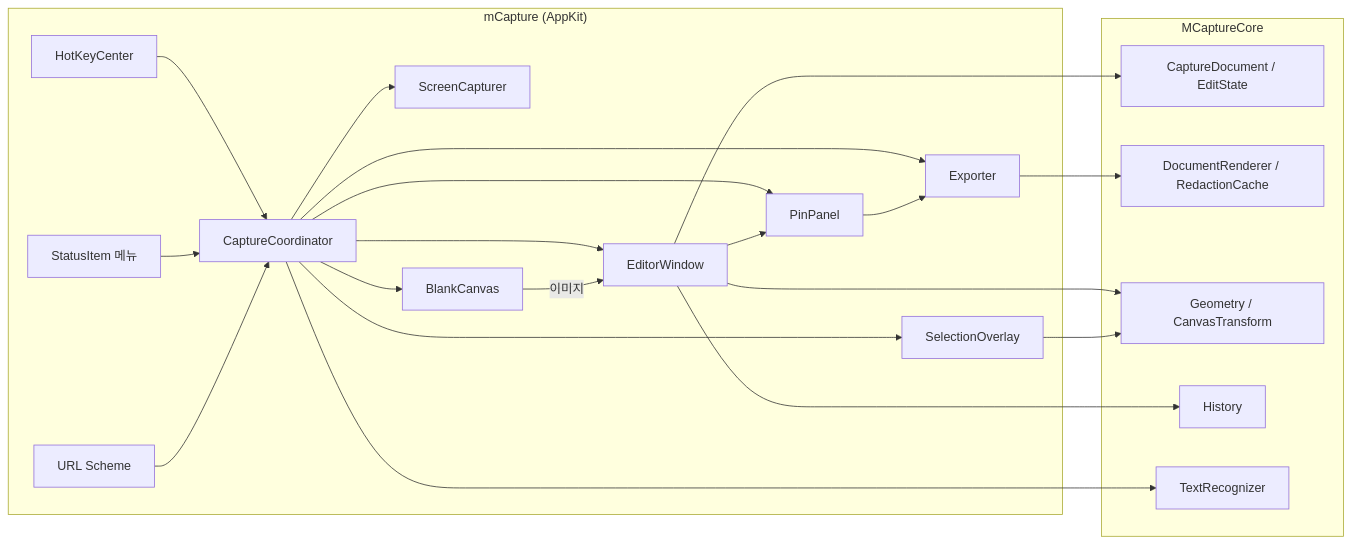
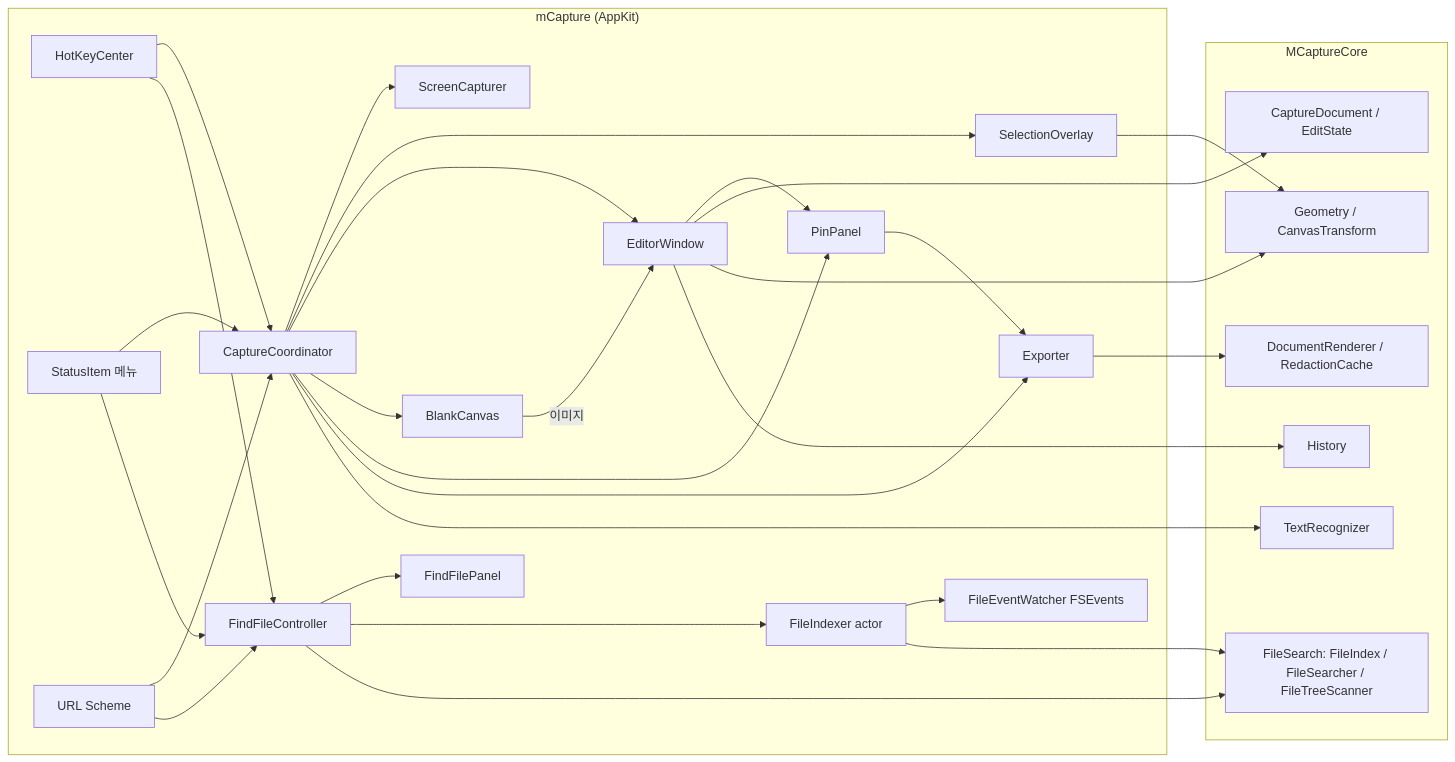
Before and after one commit to motolies/mCapture: the first of 2 diagrams in claudedocs/mcapture-개발-스펙.md, drawn with Mermaid. The commit also changed other lines of this file and 11 other files, not shown here.

````diff
--- a/claudedocs/mcapture-개발-스펙.md
+++ b/claudedocs/mcapture-개발-스펙.md
@@ -68,30 +70,39 @@
 ```mermaid
 flowchart LR
     subgraph App["mCapture (AppKit)"]
         HK[HotKeyCenter] --> CO[CaptureCoordinator]
         SI[StatusItem 메뉴] --> CO
         URL[URL Scheme] --> CO
         CO --> SC[ScreenCapturer]
         CO --> OV[SelectionOverlay]
         CO --> ED[EditorWindow]
         CO --> BC[BlankCanvas]
         BC -->|이미지| ED
         CO --> PIN[PinPanel]
         CO --> EX[Exporter]
         ED --> PIN
         PIN --> EX
+        HK --> FF[FindFileController]
+        SI --> FF
+        URL --> FF
+        FF --> FP[FindFilePanel]
+        FF --> FX[FileIndexer actor]
+        FX --> FW[FileEventWatcher FSEvents]
     end
     subgraph Core["MCaptureCore"]
         DOC[CaptureDocument / EditState]
         REN[DocumentRenderer / RedactionCache]
         GEO[Geometry / CanvasTransform]
         HIS[History]
         REC[TextRecognizer]
+        FS[FileSearch: FileIndex / FileSearcher / FileTreeScanner]
     end
     ED --> DOC
     ED --> GEO
     ED --> HIS
     EX --> REN
     OV --> GEO
     CO --> REC
+    FX --> FS
+    FF --> FS
 ```
````
